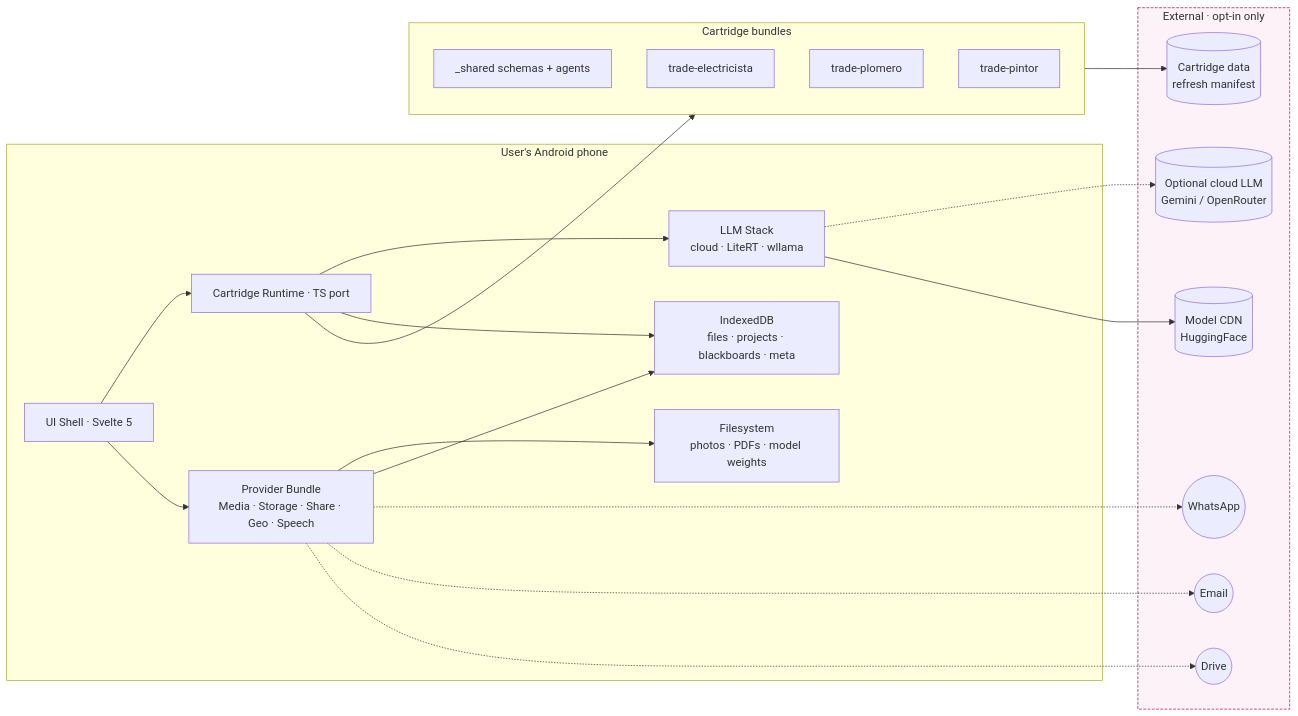
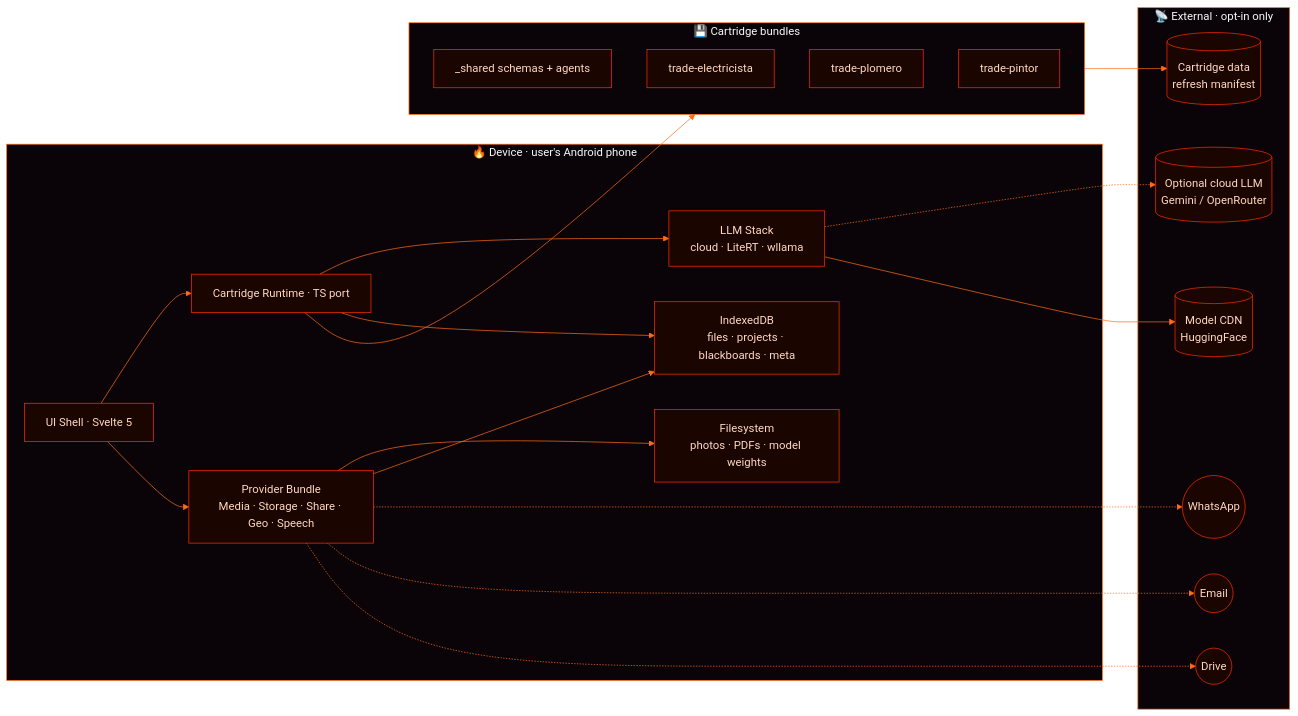
Before and after one commit to EvolvingAgentsLabs/skillos_mini: the first of 12 diagrams in docs/ARCHITECTURE.md, drawn with Mermaid. The commit also changed other lines of this file and 9 other files, not shown here.

````diff
--- a/docs/ARCHITECTURE.md
+++ b/docs/ARCHITECTURE.md
@@ -17,44 +27,42 @@
 ```mermaid
+%%{init: {'theme':'base', 'themeVariables': {'primaryColor':'#1a0500','primaryTextColor':'#ffd9c2','primaryBorderColor':'#ff2d00','lineColor':'#ff6b1a','secondaryColor':'#001a24','tertiaryColor':'#0a0408','background':'#0a0408','mainBkg':'#1a0500','clusterBkg':'#0a0408','clusterBorder':'#ff6b1a','edgeLabelBackground':'#0a0408','fontFamily':'ui-monospace, SF Mono, Menlo, Consolas, monospace'}}}%%
 flowchart LR
-    subgraph Device[User's Android phone]
+    subgraph Device["🔥 Device · user's Android phone"]
         UI["UI Shell · Svelte 5"]
         Runtime["Cartridge Runtime · TS port"]
         Providers["Provider Bundle<br/>Media · Storage · Share · Geo · Speech"]
         LLM["LLM Stack<br/>cloud · LiteRT · wllama"]
         IDB["IndexedDB<br/>files · projects · blackboards · meta"]
         FS["Filesystem<br/>photos · PDFs · model weights"]
     end
 
-    subgraph Cartridges[Cartridge bundles]
+    subgraph Cartridges["💾 Cartridge bundles"]
         Sh["_shared schemas + agents"]
         Te["trade-electricista"]
         Tp["trade-plomero"]
         Tn["trade-pintor"]
     end
 
-    subgraph External[External · opt-in only]
+    subgraph External["📡 External · opt-in only"]
         WhatsApp((WhatsApp))
         Email((Email))
         Drive((Drive))
         ModelCDN[("Model CDN<br/>HuggingFace")]
         DataMan[("Cartridge data<br/>refresh manifest")]
         Cloud[("Optional cloud LLM<br/>Gemini / OpenRouter")]
     end
 
     UI --> Runtime
     UI --> Providers
     Runtime --> Cartridges
     Runtime --> LLM
     Runtime --> IDB
     Providers --> FS
     Providers --> IDB
     Providers -.-> WhatsApp
     Providers -.-> Email
     Providers -.-> Drive
     LLM -.-> Cloud
     LLM --> ModelCDN
     Cartridges --> DataMan
-
-    classDef ext fill:#fdf2f8,stroke:#9d174d,stroke-dasharray:4 2
-    class External ext
 ```
````
